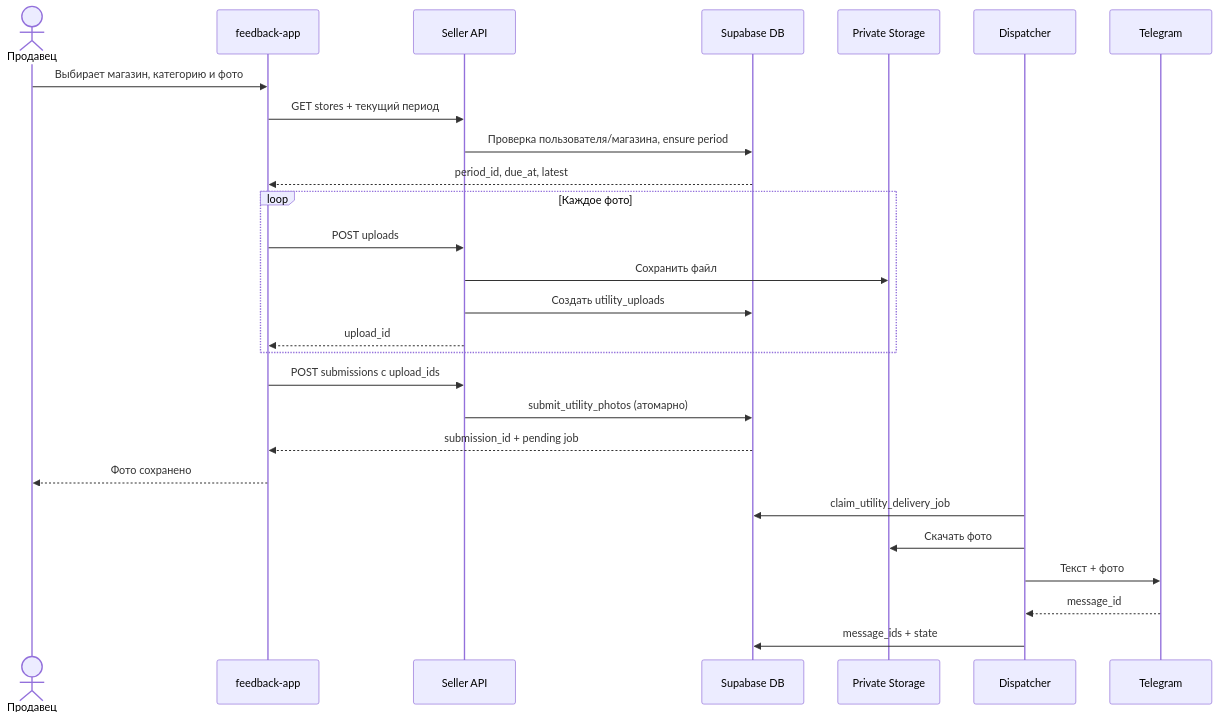
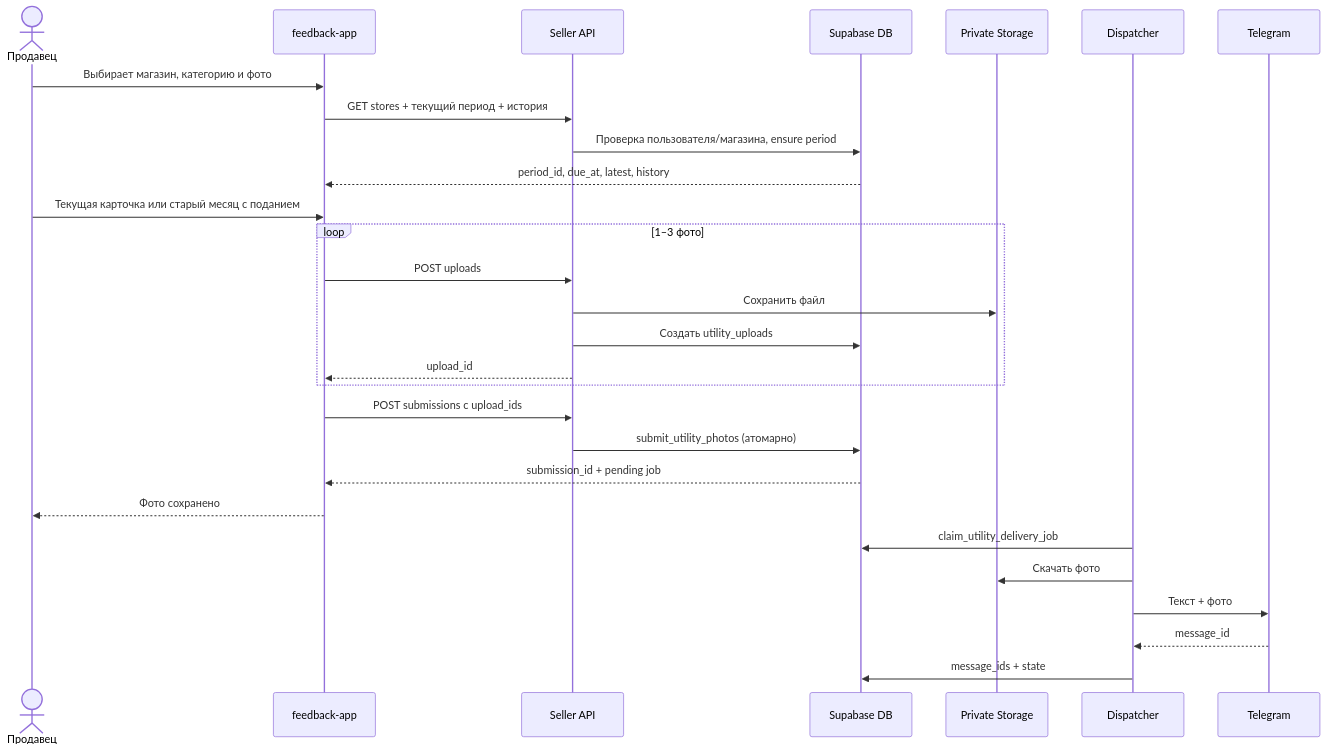
The second of 4 diagrams in docs/UTILITY_PHOTO_REPORT_TECHNICAL_DOCUMENTATION_2026-10-07.md (yobozavrik/feedbackGB), drawn with Mermaid before and after one commit. The commit also changed other lines of this file and 15 other files, not shown here.

````diff
--- a/docs/UTILITY_PHOTO_REPORT_TECHNICAL_DOCUMENTATION_2026-10-07.md
+++ b/docs/UTILITY_PHOTO_REPORT_TECHNICAL_DOCUMENTATION_2026-10-07.md
@@ -101,29 +101,30 @@
 ```mermaid
 sequenceDiagram
   actor P as Продавец
   participant UI as feedback-app
   participant API as Seller API
   participant DB as Supabase DB
   participant S as Private Storage
   participant W as Dispatcher
   participant T as Telegram
   P->>UI: Выбирает магазин, категорию и фото
-  UI->>API: GET stores + текущий период
+  UI->>API: GET stores + текущий период + история
   API->>DB: Проверка пользователя/магазина, ensure period
-  DB-->>UI: period_id, due_at, latest
-  loop Каждое фото
+  DB-->>UI: period_id, due_at, latest, history
+  P->>UI: Текущая карточка или старый месяц с поданием
+  loop 1–3 фото
     UI->>API: POST uploads
     API->>S: Сохранить файл
     API->>DB: Создать utility_uploads
     API-->>UI: upload_id
   end
   UI->>API: POST submissions с upload_ids
   API->>DB: submit_utility_photos (атомарно)
   DB-->>UI: submission_id + pending job
   UI-->>P: Фото сохранено
   W->>DB: claim_utility_delivery_job
   W->>S: Скачать фото
   W->>T: Текст + фото
   T-->>W: message_id
   W->>DB: message_ids + state
 ```
````
